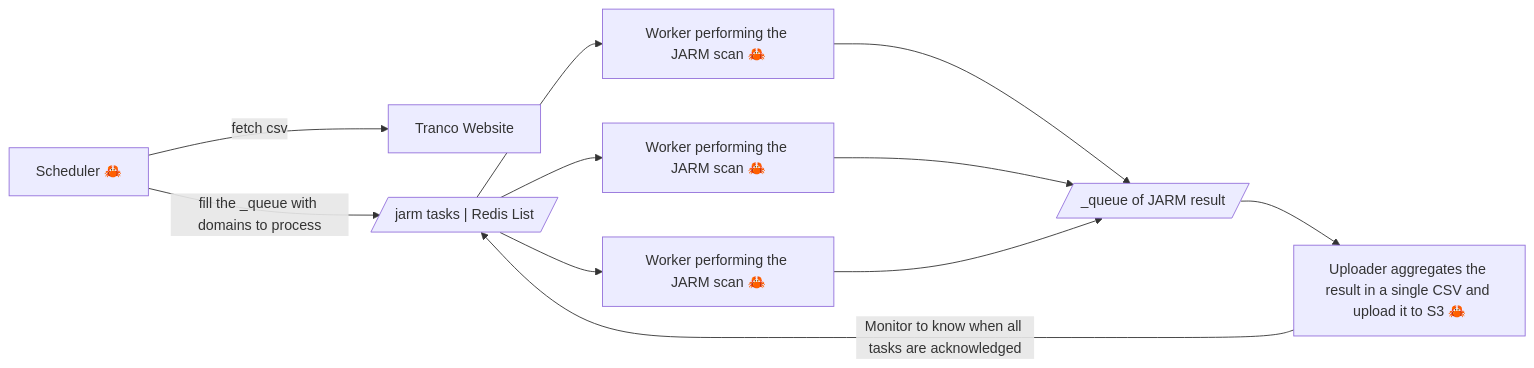
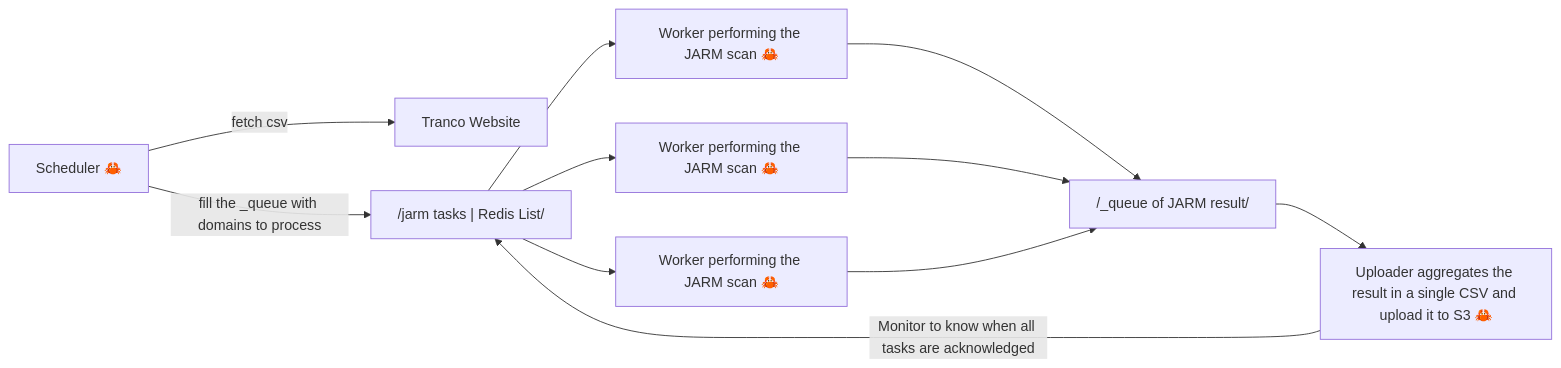
Before and after one commit to Hugo-C/top-1M-jarm-v2: the first of 2 diagrams in README.md, drawn with Mermaid.

Commit message:
Fix mermaid format

````diff
--- a/README.md
+++ b/README.md
@@ -15,13 +15,13 @@
 ```mermaid
 flowchart LR
-   Scheduler[Scheduler 🦀] -- fetch csv --> Tranco[Tranco Website] 
-   Scheduler[Scheduler 🦀] -- fill the _queue with domains to process --> tasks[/jarm tasks | Redis List/]
-   tasks --> Worker1[Worker performing the JARM scan 🦀] 
-   tasks --> Worker2[Worker performing the JARM scan 🦀] 
-   tasks --> Worker3[Worker performing the JARM scan 🦀] 
-   Worker1 --> scanResultQueue[/_queue of JARM result/]
+   Scheduler["Scheduler 🦀"] -- fetch csv --> Tranco["Tranco Website"] 
+   Scheduler["Scheduler 🦀"] -- fill the _queue with domains to process --> tasks["/jarm tasks | Redis List/"]
+   tasks --> Worker1["Worker performing the JARM scan 🦀"] 
+   tasks --> Worker2["Worker performing the JARM scan 🦀"] 
+   tasks --> Worker3["Worker performing the JARM scan 🦀"] 
+   Worker1 --> scanResultQueue["/_queue of JARM result/"]
    Worker2 --> scanResultQueue
    Worker3 --> scanResultQueue
-   scanResultQueue--> Uploader[Uploader aggregates the result in a single CSV and upload it to S3 🦀]
+   scanResultQueue--> Uploader["Uploader aggregates the result in a single CSV and upload it to S3 🦀"]
    Uploader -- Monitor to know when all tasks are acknowledged --> tasks
 ```
````
